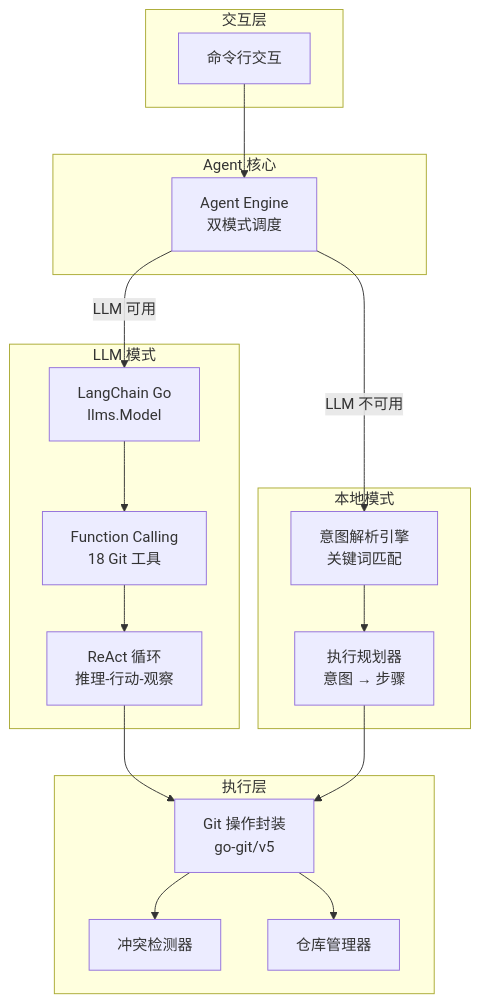
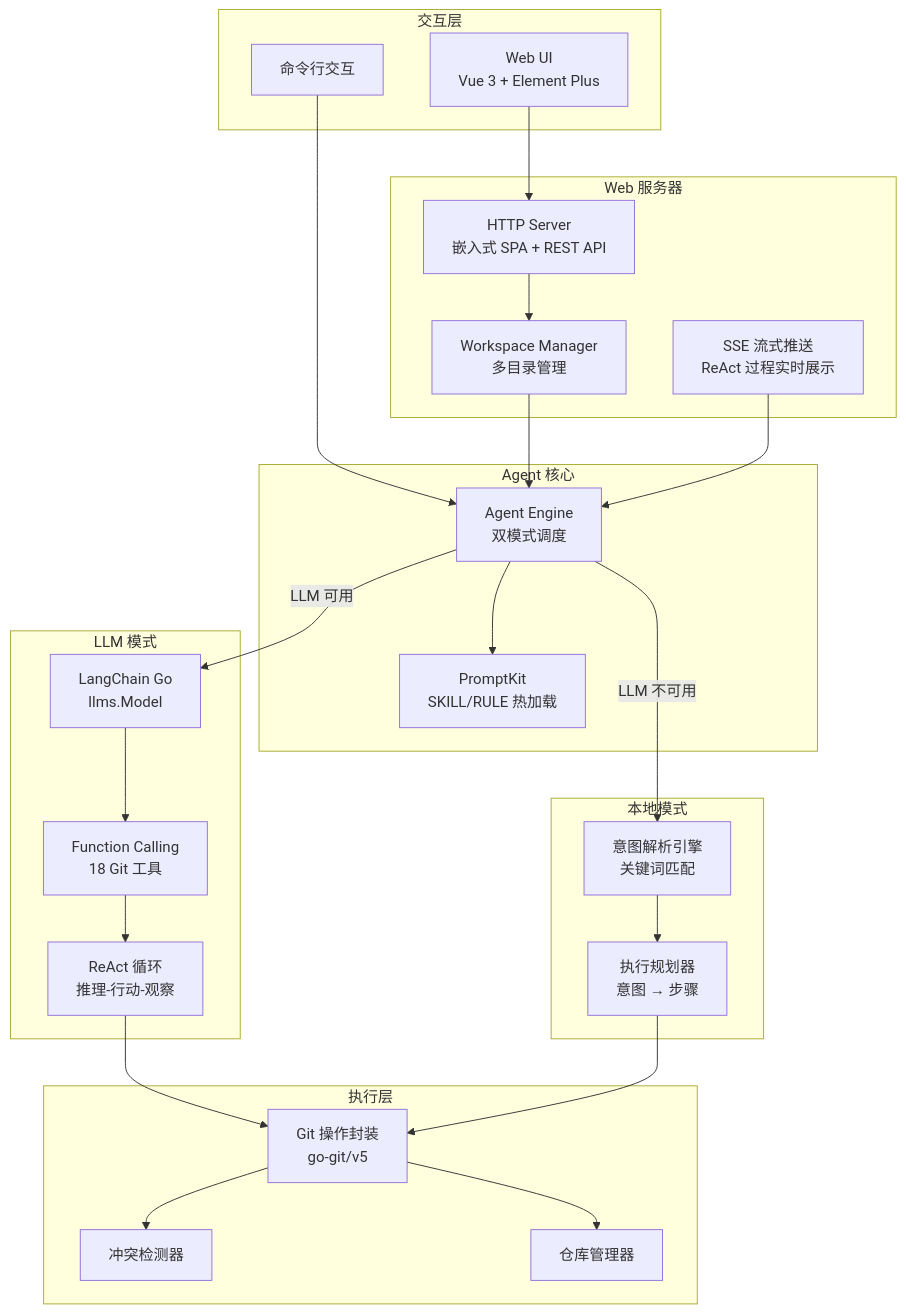
The first of 4 diagrams in README_zh.md (jackz-jones/git-agent), drawn with Mermaid before and after one commit. The commit also changed other lines of this file and 56 other files, not shown here.

Commit message:
feat: add web UI with Vue frontend and Go HTTP backend for browser-based git workspace management

````diff
--- a/README_zh.md
+++ b/README_zh.md
@@ -30,38 +36,51 @@
 ```mermaid
 graph TB
     subgraph interaction[交互层]
         CLI[命令行交互]
+        WebUI[Web UI<br/>Vue 3 + Element Plus]
+    end
+
+    subgraph web_server[Web 服务器]
+        HTTP[HTTP Server<br/>嵌入式 SPA + REST API]
+        SSE[SSE 流式推送<br/>ReAct 过程实时展示]
+        WS_MGR[Workspace Manager<br/>多目录管理]
     end
 
     subgraph core[Agent 核心]
         AgentCore[Agent Engine<br/>双模式调度]
+        PromptKit[PromptKit<br/>SKILL/RULE 热加载]
     end
 
     subgraph llm_mode[LLM 模式]
         LC[LangChain Go<br/>llms.Model]
         FC[Function Calling<br/>18 Git 工具]
         ReAct[ReAct 循环<br/>推理-行动-观察]
     end
 
     subgraph local_mode[本地模式]
         Interpreter[意图解析引擎<br/>关键词匹配]
         Planner[执行规划器<br/>意图 → 步骤]
     end
 
     subgraph execution[执行层]
         GitWrapper[Git 操作封装<br/>go-git/v5]
         ConflictDetector[冲突检测器]
         RepoManager[仓库管理器]
     end
 
     CLI --> AgentCore
+    WebUI --> HTTP
+    HTTP --> WS_MGR
+    WS_MGR --> AgentCore
+    SSE --> AgentCore
+    AgentCore --> PromptKit
     AgentCore -->|LLM 可用| LC
     LC --> FC
     FC --> ReAct
     AgentCore -->|LLM 不可用| Interpreter
     Interpreter --> Planner
     ReAct --> GitWrapper
     Planner --> GitWrapper
     GitWrapper --> ConflictDetector
     GitWrapper --> RepoManager
 ```
````
